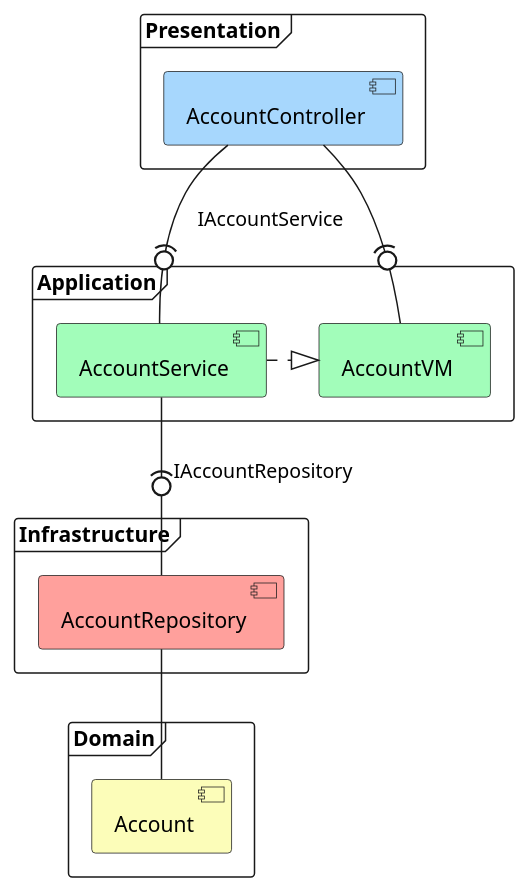
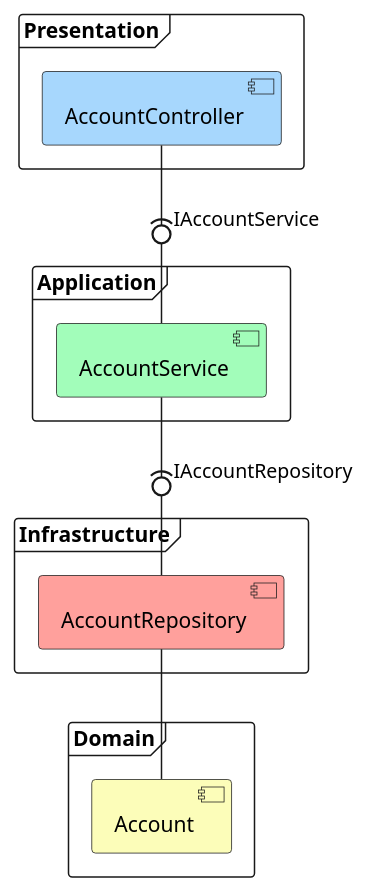
The diagram in mn/bank/Bank.Diagram/Account.wsd (rdw100/clean), drawn with PlantUML before and after one commit. The commit also changed 1 other file, not shown here.

Commit message:
Added streamlined diagram.  Removed viewmodel.

```diff
--- a/mn/bank/Bank.Diagram/Account.wsd
+++ b/mn/bank/Bank.Diagram/Account.wsd
@@ -2,28 +2,25 @@
 @startuml Account
 
 frame Presentation {
     component [AccountController] as Controller #a7d7fd
 }
 
 frame Application {
     component AccountService as Service #a2fdba
-    component AccountVM as ViewModel #a2fdba
-    Service .|> ViewModel
 }
 
 Controller -(0- Service : IAccountService
-Controller -(0- ViewModel 
 
 frame Infrastructure {
     component [AccountRepository] as Repository #ffa09c
 }
 
 Service -(0- Repository : IAccountRepository
 
 frame Domain {
     component Account as Model #fcfdb9  
 }
 
 Repository -- Model
 
 @enduml
```
